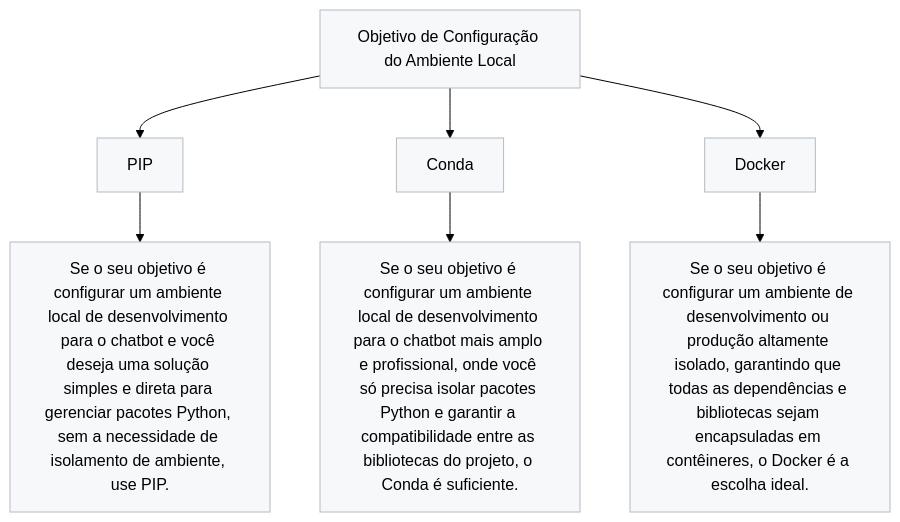
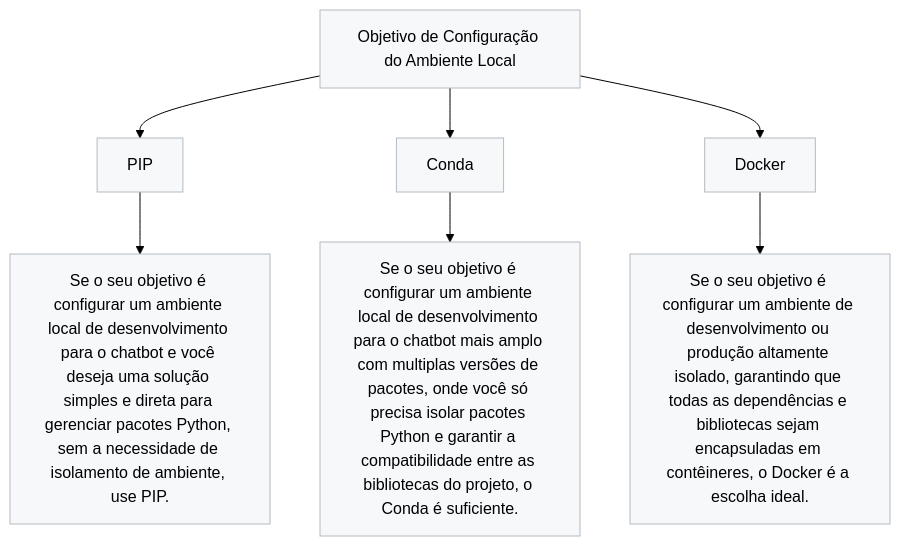
Before and after one commit to Mayvon/Chatbot-no-WhatsApp-com-LLaMA-AI-no-Servidor-Local.md: the diagram in 1. Pré-requisitos.md, drawn with Mermaid (forest theme). The commit also changed other lines of this file, not shown here.

````diff
--- a/1. Pré-requisitos.md
+++ b/1. Pré-requisitos.md
@@ -69,18 +69,18 @@
 ```mermaid
 graph TD;
     A[Objetivo de Configuração do Ambiente Local] --> B[PIP]
     A[Objetivo de Configuração do Ambiente Local] --> C[Conda]
     A[Objetivo de Configuração do Ambiente Local] --> D[Docker]
 
     B --> B1["Se o seu objetivo é configurar um ambiente local de desenvolvimento para o chatbot e você deseja uma solução simples e direta para gerenciar pacotes Python, sem a necessidade de isolamento de ambiente, use PIP."]
-    C --> C1["Se o seu objetivo é configurar um ambiente local de desenvolvimento para o chatbot mais amplo e profissional, onde você só precisa isolar pacotes Python e garantir a compatibilidade entre as bibliotecas do projeto, o Conda é suficiente."]
+    C --> C1["Se o seu objetivo é configurar um ambiente local de desenvolvimento para o chatbot mais amplo com multiplas versões de pacotes, onde você só precisa isolar pacotes Python e garantir a compatibilidade entre as bibliotecas do projeto, o Conda é suficiente."]
     D --> D1["Se o seu objetivo é configurar um ambiente de desenvolvimento ou produção altamente isolado, garantindo que todas as dependências e bibliotecas sejam encapsuladas em contêineres, o Docker é a escolha ideal."]
     
     style A fill:#f6f8fa,stroke:#b5bbc1,stroke-width:1px
     style B fill:#f6f8fa,stroke:#b5bbc1,stroke-width:1px
     style C fill:#f6f8fa,stroke:#b5bbc1,stroke-width:1px
     style D fill:#f6f8fa,stroke:#b5bbc1,stroke-width:1px
     style B1 fill:#f6f8fa,stroke:#b5bbc1,stroke-width:1px
     style C1 fill:#f6f8fa,stroke:#b5bbc1,stroke-width:1px
     style D1 fill:#f6f8fa,stroke:#b5bbc1,stroke-width:1px
 ```
````
